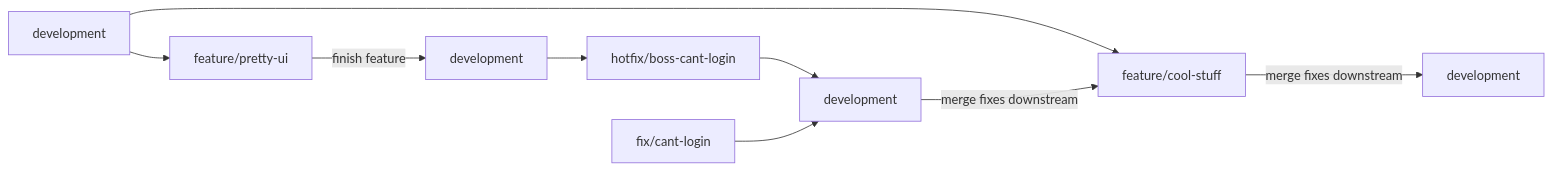
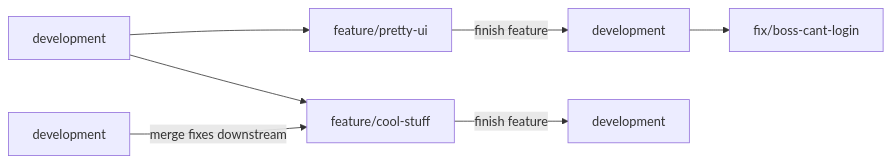
The diagram in testy/plan_zarządzania_jakością_produktu.md (hasparus/software-engineering-class), drawn with Mermaid before and after one commit. The commit also changed other lines of this file, not shown here.

Commit message:
Uploaded by https://stackedit.io/

````diff
--- a/testy/plan_zarządzania_jakością_produktu.md
+++ b/testy/plan_zarządzania_jakością_produktu.md
@@ -19,11 +19,9 @@
 ```mermaid
 graph LR;
 	d#1[development]-->feature/cool-stuff;
 	d#1[development]-->feature/pretty-ui;
 	feature/pretty-ui--finish feature-->d#2[development];
 	d#3[development]--merge fixes downstream-->feature/cool-stuff;
-	d#2[development]-->hotfix/boss-cant-login;
-	hotfix/boss-cant-login-->d#3[development]
-	fix/cant-login-->d#3[development]	
-	feature/cool-stuff--merge fixes downstream-->d#4[development];	
+	d#2[development]-->fix/boss-cant-login;
+	feature/cool-stuff--finish feature-->d#4[development];	
 ```
````
